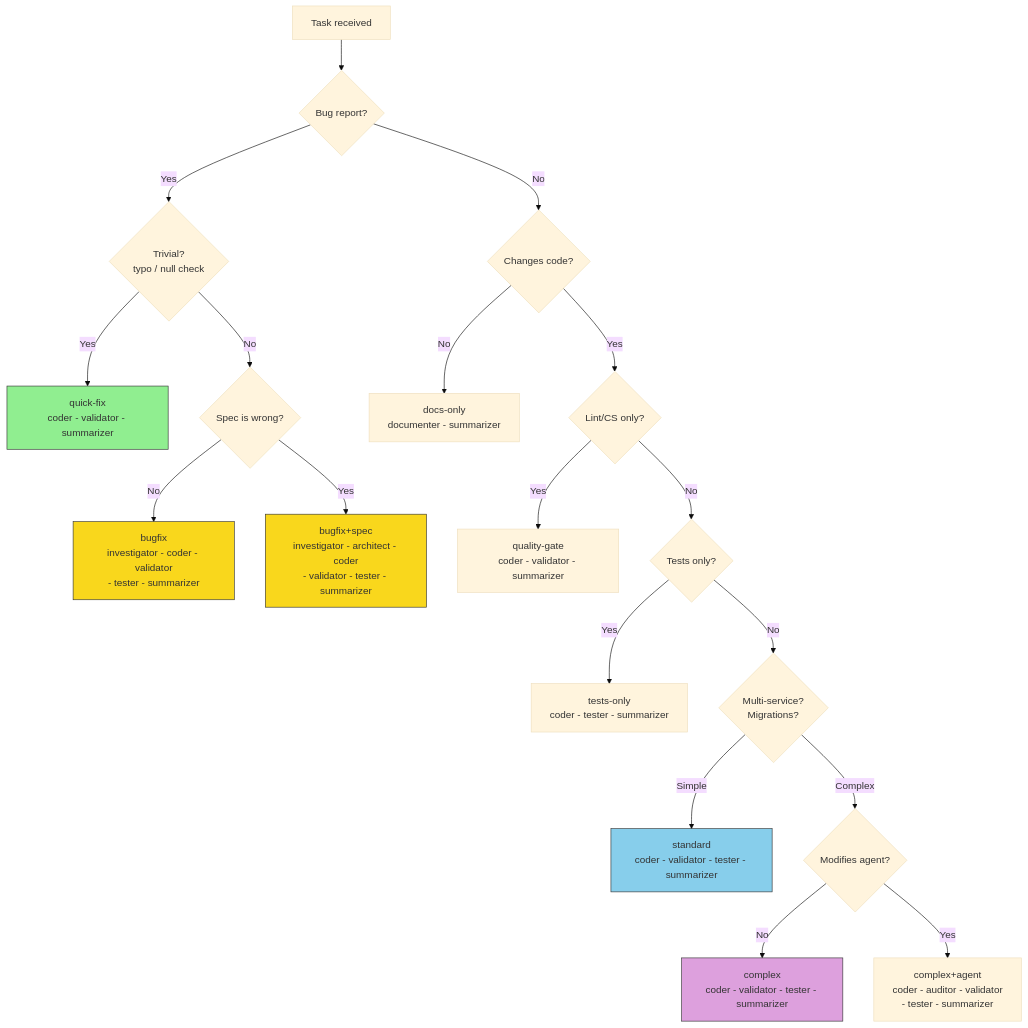
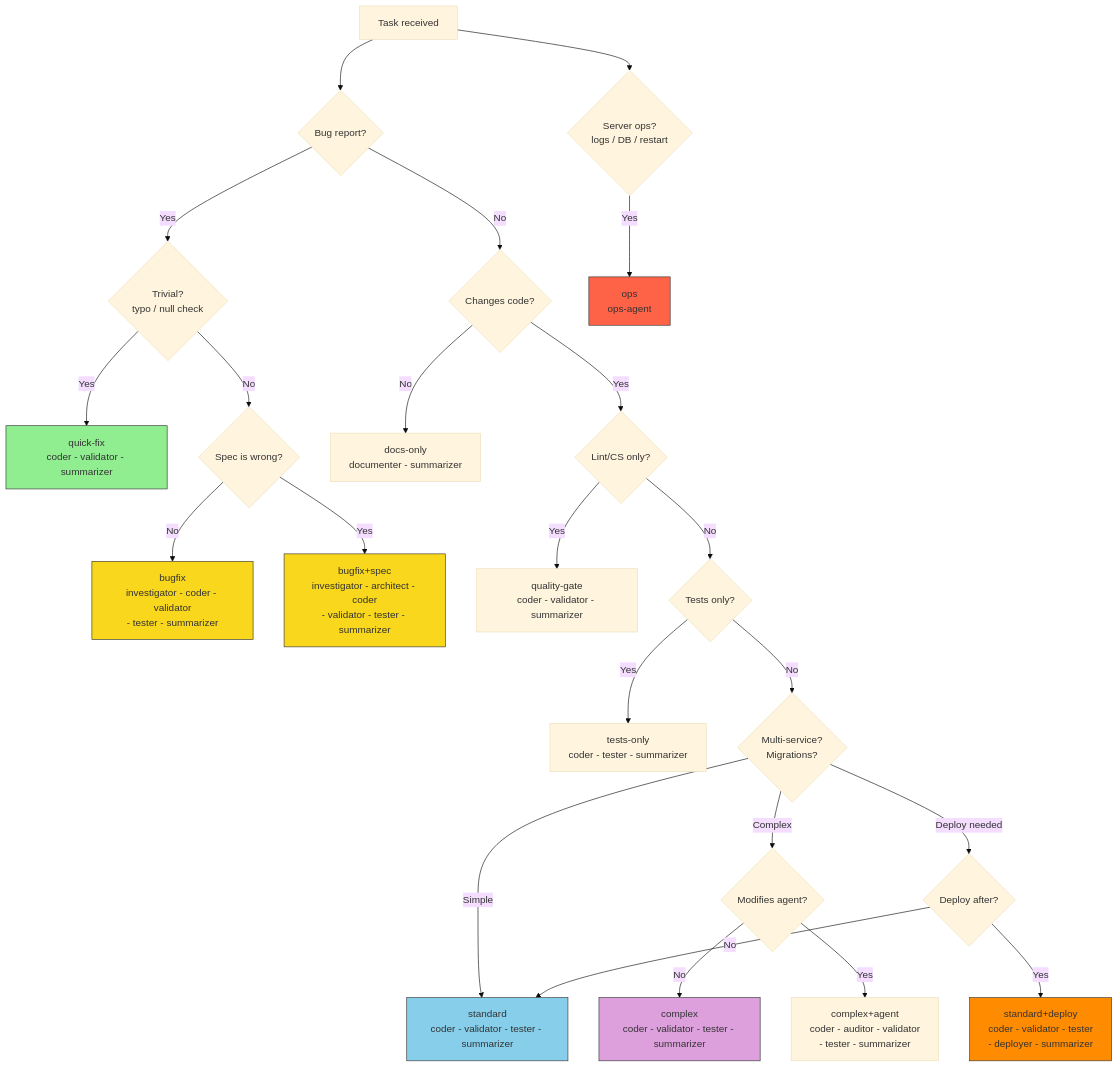
Before and after one commit to brama-ai/workspace: the sixth of 6 diagrams in docs/agent-development/en/workflow.md, drawn with Mermaid (base theme). The commit also changed other lines of this file and 39 other files, not shown here.

First line of the commit message:
[pipeline:u-coder] # Task: Remove dev-agent

````diff
--- a/docs/agent-development/en/workflow.md
+++ b/docs/agent-development/en/workflow.md
@@ -252,34 +279,43 @@
 ```mermaid
 flowchart TD
     START[Task received] --> IS_BUG{Bug report?}
 
     IS_BUG -->|No| HAS_CODE{Changes code?}
     IS_BUG -->|Yes| TRIVIAL{Trivial?<br/>typo / null check}
 
     TRIVIAL -->|Yes| QF[quick-fix<br/>coder - validator - summarizer]
     TRIVIAL -->|No| SPEC_WRONG{Spec is wrong?}
 
     SPEC_WRONG -->|No| BUGFIX[bugfix<br/>investigator - coder - validator<br/>- tester - summarizer]
     SPEC_WRONG -->|Yes| BUGFIX_SPEC[bugfix+spec<br/>investigator - architect - coder<br/>- validator - tester - summarizer]
 
     HAS_CODE -->|No| DOCS[docs-only<br/>documenter - summarizer]
     HAS_CODE -->|Yes| LINT_ONLY{Lint/CS only?}
 
     LINT_ONLY -->|Yes| QG[quality-gate<br/>coder - validator - summarizer]
     LINT_ONLY -->|No| TESTS_ONLY{Tests only?}
 
     TESTS_ONLY -->|Yes| TO[tests-only<br/>coder - tester - summarizer]
     TESTS_ONLY -->|No| SCOPE{Multi-service?<br/>Migrations?}
 
     SCOPE -->|Simple| STD[standard<br/>coder - validator - tester - summarizer]
     SCOPE -->|Complex| AGENT{Modifies agent?}
 
     AGENT -->|No| CMPLX[complex<br/>coder - validator - tester - summarizer]
     AGENT -->|Yes| CMPLX_A[complex+agent<br/>coder - auditor - validator<br/>- tester - summarizer]
 
+    SCOPE -->|Deploy needed| DEPLOY_Q{Deploy after?}
+    DEPLOY_Q -->|Yes| STD_DEP[standard+deploy<br/>coder - validator - tester<br/>- deployer - summarizer]
+    DEPLOY_Q -->|No| STD
+
+    START --> IS_OPS{Server ops?<br/>logs / DB / restart}
+    IS_OPS -->|Yes| OPS_PROF[ops<br/>ops-agent]
+
     style BUGFIX fill:#f9d71c,stroke:#333
     style BUGFIX_SPEC fill:#f9d71c,stroke:#333
     style QF fill:#90EE90,stroke:#333
     style STD fill:#87CEEB,stroke:#333
     style CMPLX fill:#DDA0DD,stroke:#333
+    style STD_DEP fill:#FF8C00,stroke:#333
+    style OPS_PROF fill:#FF6347,stroke:#333
 ```
````
